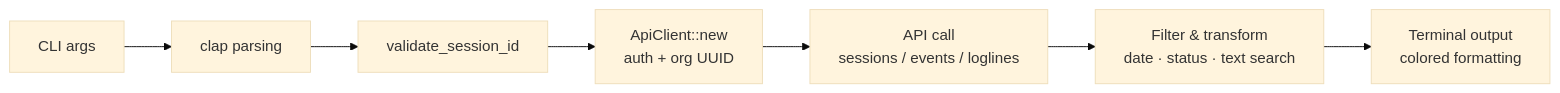
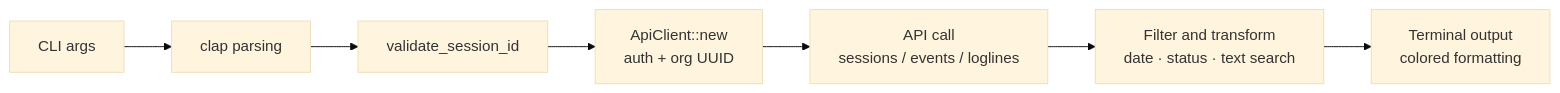
The third of 5 diagrams in ARCHITECTURE.md (N3mes1s/claude-teleport-analyzer), drawn with Mermaid (base theme) before and after one commit. The commit also changed other lines of this file, not shown here.

First line of the commit message:
Fix Mermaid diagram syntax errors in ARCHITECTURE.md

````diff
--- a/ARCHITECTURE.md
+++ b/ARCHITECTURE.md
@@ -46,9 +46,9 @@
 ```mermaid
 flowchart LR
     Input[CLI args] --> Parse[clap parsing]
     Parse --> Validate[validate_session_id]
     Validate --> Auth[ApiClient::new<br/>auth + org UUID]
     Auth --> Fetch[API call<br/>sessions / events / loglines]
-    Fetch --> Filter[Filter & transform<br/>date · status · text search]
+    Fetch --> Filter["Filter and transform<br/>date · status · text search"]
     Filter --> Output[Terminal output<br/>colored formatting]
 ```
````
